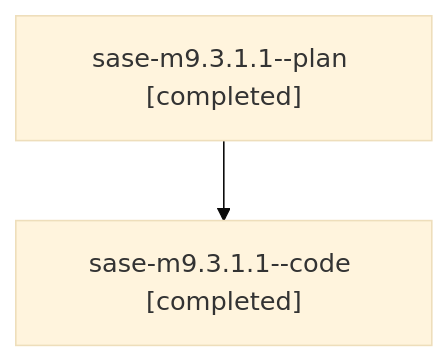
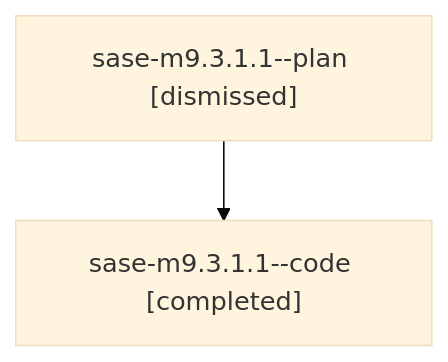
The diagram in families/bbugyi200.athena.sase-m9.3.1.1.md (sase-org/sase--agents), drawn with Mermaid (base theme) before and after one commit. The commit also changed other lines of this file and 113 other files, not shown here.

````diff
--- a/families/bbugyi200.athena.sase-m9.3.1.1.md
+++ b/families/bbugyi200.athena.sase-m9.3.1.1.md
@@ -9,6 +9,6 @@
 ```mermaid
 flowchart TD
-  n0["sase-m9.3.1.1--plan [completed]"]
+  n0["sase-m9.3.1.1--plan [dismissed]"]
   n1["sase-m9.3.1.1--code [completed]"]
   n0 --> n1
 ```
````
